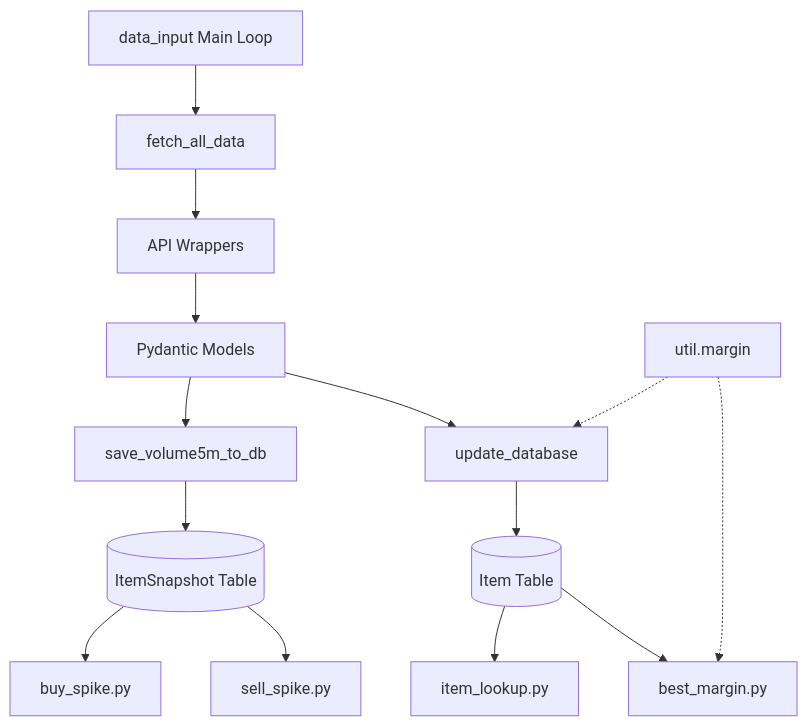
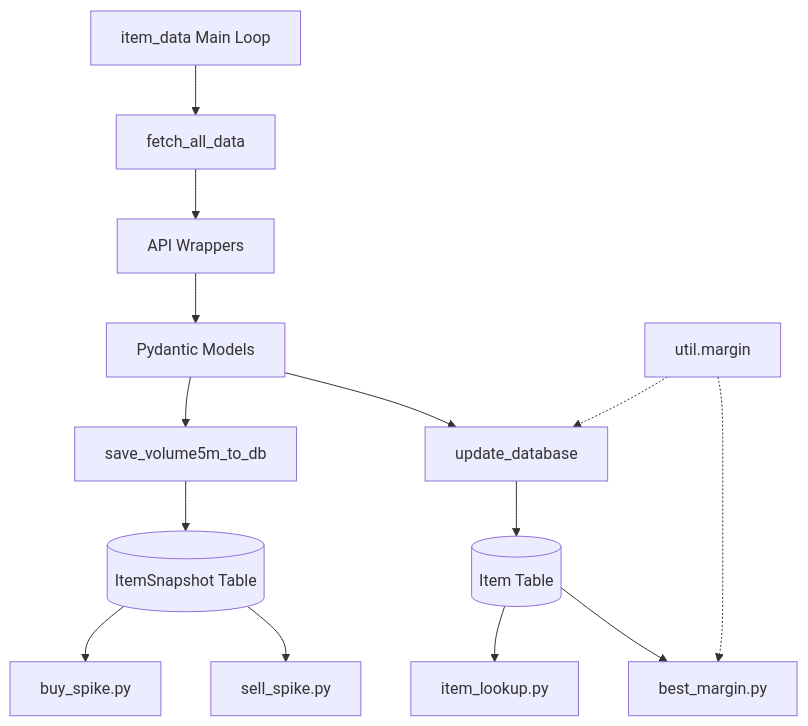
Before and after one commit to fisherrjd/osrs_ge: the second of 3 diagrams in .sop/summary/components.md, drawn with Mermaid. The commit also changed other lines of this file and 34 other files, not shown here.

Commit message:
migrate aggregator -> backend and data_input.py -> item_data.py

````diff
--- a/.sop/summary/components.md
+++ b/.sop/summary/components.md
@@ -243,18 +243,18 @@
 ```mermaid
 flowchart TD
-    A[data_input Main Loop] --> B[fetch_all_data]
+    A[item_data Main Loop] --> B[fetch_all_data]
     B --> C[API Wrappers]
     C --> D[Pydantic Models]
     D --> E[update_database]
     D --> F[save_volume5m_to_db]
     E --> G[(Item Table)]
     F --> H[(ItemSnapshot Table)]
 
     G --> I[best_margin.py]
     G --> J[item_lookup.py]
     H --> K[sell_spike.py]
     H --> L[buy_spike.py]
 
     M[util.margin] -.-> E
     M -.-> I
 ```
````
